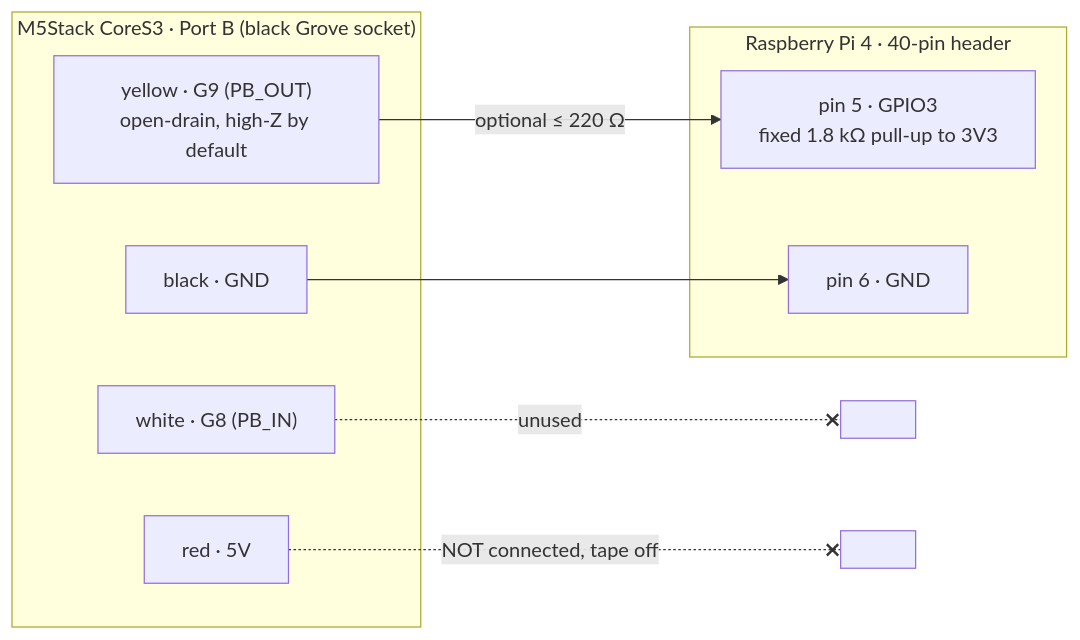
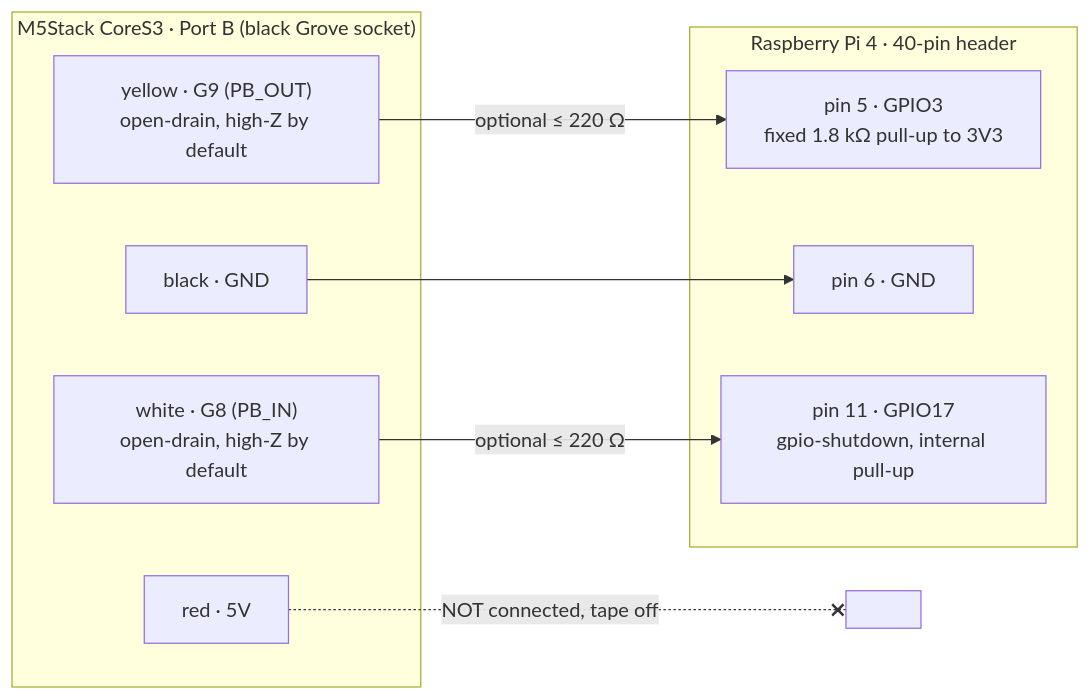
The third of 3 diagrams in docs/firmware.md (ckeller42/open-california), drawn with Mermaid before and after one commit. The commit also changed other lines of this file and 22 other files, not shown here.

````diff
--- a/docs/firmware.md
+++ b/docs/firmware.md
@@ -902,17 +937,18 @@
 ```mermaid
 flowchart LR
   subgraph ESP["M5Stack CoreS3 · Port B (black Grove socket)"]
     Y["yellow · G9 (PB_OUT)<br/>open-drain, high-Z by default"]
-    W["white · G8 (PB_IN)"]
+    W["white · G8 (PB_IN)<br/>open-drain, high-Z by default"]
     R["red · 5V"]
     K["black · GND"]
   end
   subgraph PI["Raspberry Pi 4 · 40-pin header"]
     P5["pin 5 · GPIO3<br/>fixed 1.8 kΩ pull-up to 3V3"]
     P6["pin 6 · GND"]
+    P11["pin 11 · GPIO17<br/>gpio-shutdown, internal pull-up"]
   end
   Y -- "optional ≤ 220 Ω" --> P5
+  W -- "optional ≤ 220 Ω" --> P11
   K --> P6
-  W -. unused .-x NC1[" "]
   R -. "NOT connected, tape off" .-x NC2[" "]
 ```
````
